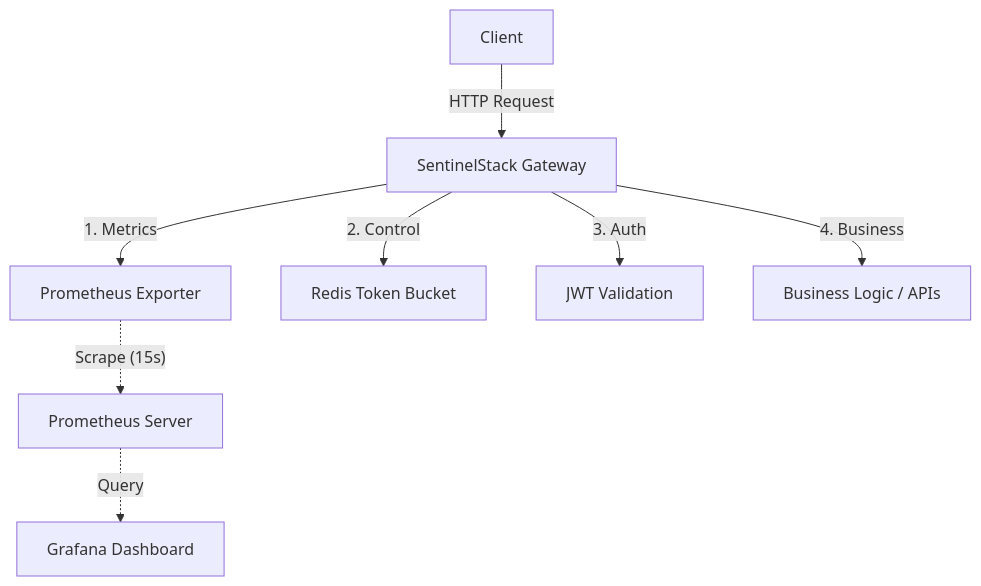
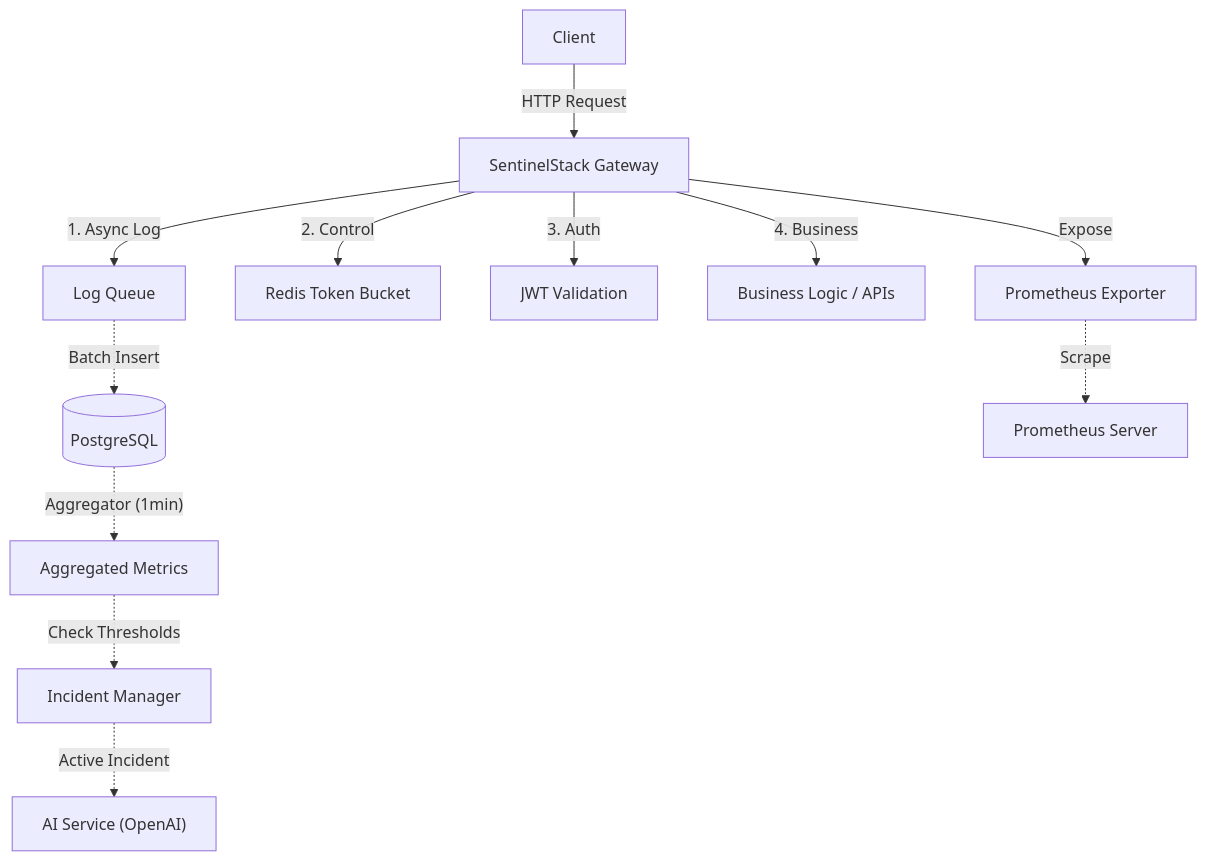
Before and after one commit to shriramrajat/SENTINELSTACK: the diagram in README.md, drawn with Mermaid. The commit also changed other lines of this file, not shown here.

````diff
--- a/README.md
+++ b/README.md
@@ -21,11 +22,16 @@
 ```mermaid
 graph TD
     Client -->|"HTTP Request"| Gateway["SentinelStack Gateway"]
-    Gateway -->|"1. Metrics"| Prom["Prometheus Exporter"]
+    Gateway -->|"1. Async Log"| LogQueue["Log Queue"]
     Gateway -->|"2. Control"| RateLimit["Redis Token Bucket"]
     Gateway -->|"3. Auth"| Auth["JWT Validation"]
     Gateway -->|"4. Business"| App["Business Logic / APIs"]
     
-    Prom -.->|"Scrape (15s)"| Prometheus["Prometheus Server"]
-    Prometheus -.->|"Query"| Grafana["Grafana Dashboard"]
+    LogQueue -.->|"Batch Insert"| DB[(PostgreSQL)]
+    DB -.->|"Aggregator (1min)"| Metrics["Aggregated Metrics"]
+    Metrics -.->|"Check Thresholds"| Incidents["Incident Manager"]
+    Incidents -.->|"Active Incident"| AI["AI Service (OpenAI)"]
+    
+    Gateway -->|"Expose"| Prom["Prometheus Exporter"]
+    Prom -.->|"Scrape"| Prometheus["Prometheus Server"]
 ```
````
